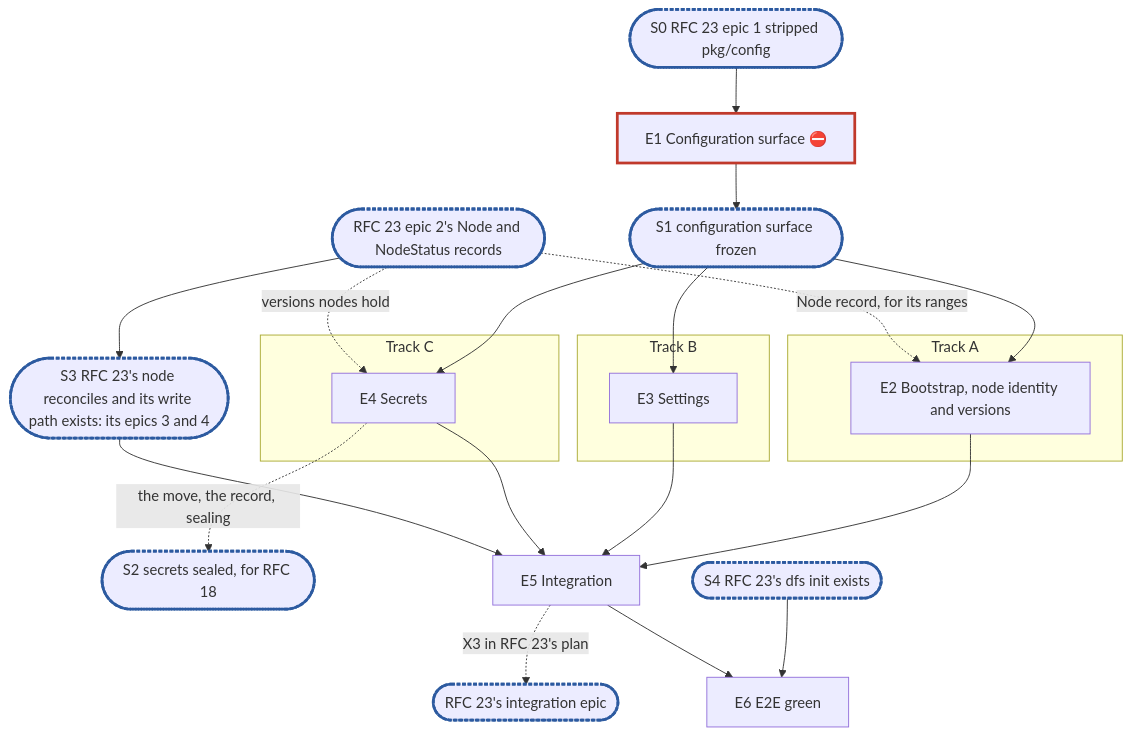
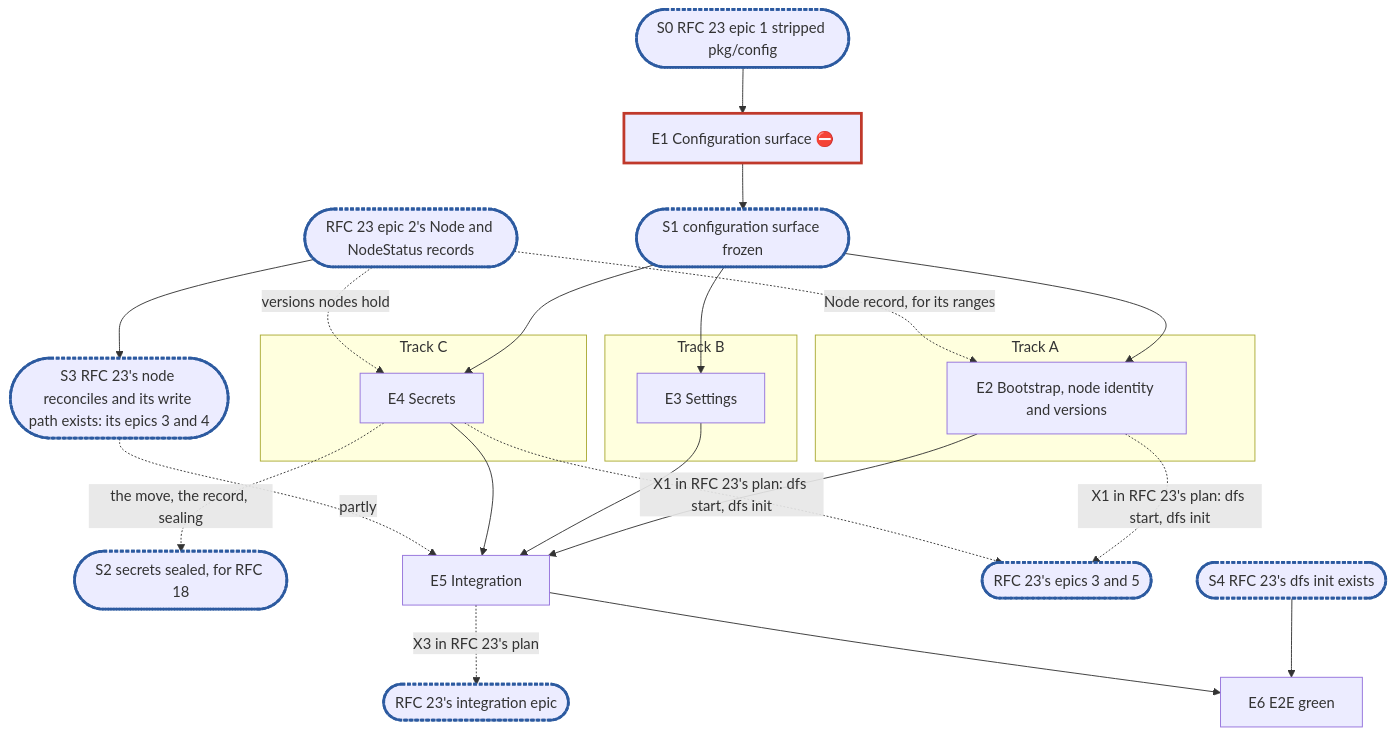
One commit to cubbit/dittofs changed the diagram in docs/internals/planning/rfc-13-config-plan.md. Above: the diagram before and after it, drawn with Mermaid. The commit also changed other lines of this file, not shown here.

Commit message:
docs(planning): address the third review of the RFC 13 plan

````diff
--- a/docs/internals/planning/rfc-13-config-plan.md
+++ b/docs/internals/planning/rfc-13-config-plan.md
@@ -280,28 +283,29 @@
 ```mermaid
 flowchart TD
   X0(["S0 RFC 23 epic 1 stripped pkg/config"]):::sync --> E1["E1 Configuration surface ⛔"]:::blocker
   E1 --> S1(["S1 configuration surface frozen"]):::sync
   subgraph A["Track A"]
     E2["E2 Bootstrap, node identity and versions"]
   end
   subgraph B["Track B"]
     E3["E3 Settings"]
   end
   subgraph C["Track C"]
     E4["E4 Secrets"]
   end
   S1 --> E2 & E3 & E4
   R2(["RFC 23 epic 2's Node and NodeStatus records"]):::sync
   R2 -. "Node record, for its ranges" .-> E2
   R2 -. "versions nodes hold" .-> E4
   E4 -. "the move, the record, sealing" .-> S2(["S2 secrets sealed, for RFC 18"]):::sync
   S3(["S3 RFC 23's node reconciles and its write path exists: its epics 3 and 4"]):::sync
   R2 --> S3
   E2 & E3 & E4 --> E5["E5 Integration"]
-  S3 --> E5
+  S3 -. "partly" .-> E5
+  E2 & E4 -. "X1 in RFC 23's plan: dfs start, dfs init" .-> R35(["RFC 23's epics 3 and 5"]):::sync
   S4(["S4 RFC 23's dfs init exists"]):::sync --> E6["E6 E2E green"]
   E5 -. "X3 in RFC 23's plan" .-> R7(["RFC 23's integration epic"]):::sync
   E5 --> E6
   classDef blocker stroke:#c0392b,stroke-width:3px
   classDef sync stroke:#2c5aa0,stroke-width:3px,stroke-dasharray:4 2
 ```
````
